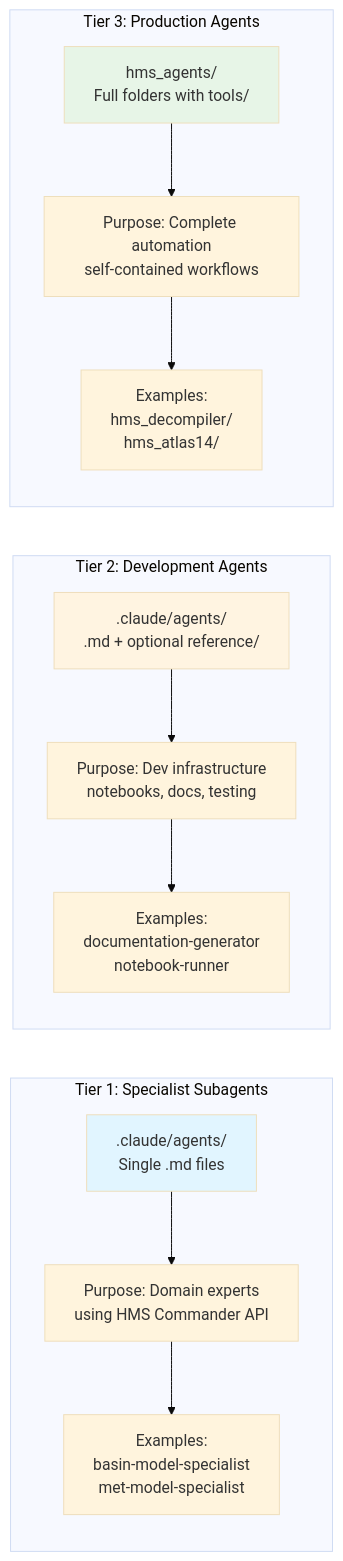
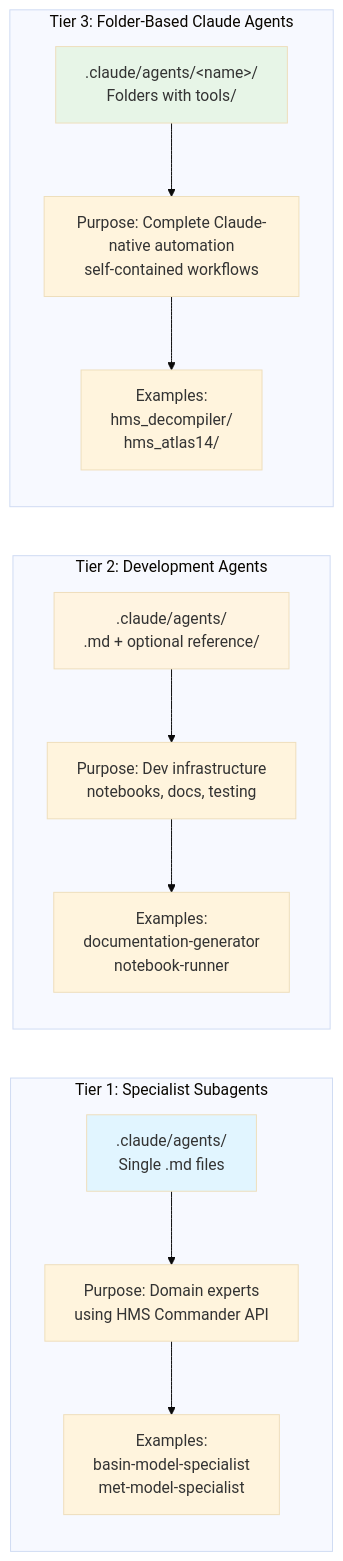
One commit to gpt-cmdr/hms-commander changed the fifth of 6 diagrams in docs/llm_dev/cognitive_architecture.md. Above: the diagram before and after it, drawn with Mermaid (base theme). The commit also changed other lines of this file and 43 other files, not shown here.

````diff
--- a/docs/llm_dev/cognitive_architecture.md
+++ b/docs/llm_dev/cognitive_architecture.md
@@ -213,28 +213,28 @@
 ```mermaid
 graph LR
     subgraph "Tier 1: Specialist Subagents"
         A1[.claude/agents/<br/>Single .md files]
         A2[Purpose: Domain experts<br/>using HMS Commander API]
         A3[Examples:<br/>basin-model-specialist<br/>met-model-specialist]
     end
 
     subgraph "Tier 2: Development Agents"
         B1[.claude/agents/<br/>.md + optional reference/]
         B2[Purpose: Dev infrastructure<br/>notebooks, docs, testing]
         B3[Examples:<br/>documentation-generator<br/>notebook-runner]
     end
 
-    subgraph "Tier 3: Production Agents"
-        C1[hms_agents/<br/>Full folders with tools/]
-        C2[Purpose: Complete automation<br/>self-contained workflows]
+    subgraph "Tier 3: Folder-Based Claude Agents"
+        C1[.claude/agents/&lt;name&gt;/<br/>Folders with tools/]
+        C2[Purpose: Complete Claude-native automation<br/>self-contained workflows]
         C3[Examples:<br/>hms_decompiler/<br/>hms_atlas14/]
     end
 
     A1 --> A2 --> A3
     B1 --> B2 --> B3
     C1 --> C2 --> C3
 
     style A1 fill:#e1f5ff
     style B1 fill:#fff4e1
     style C1 fill:#e7f5e7
 ```
````
